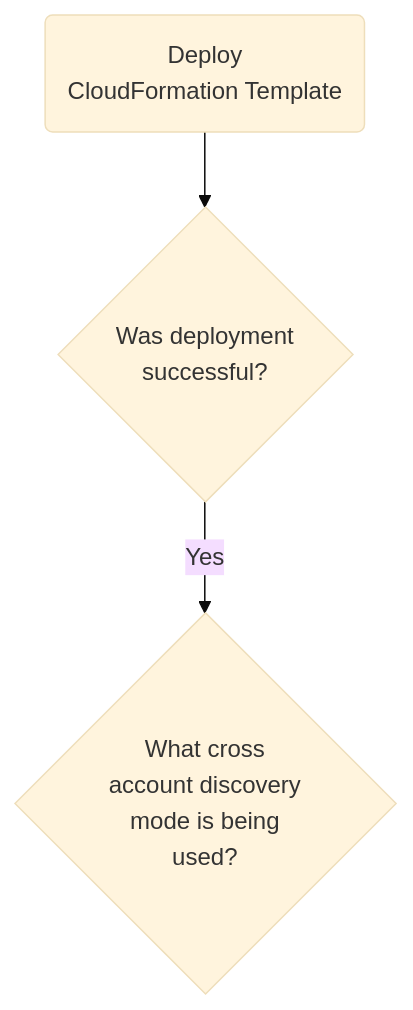
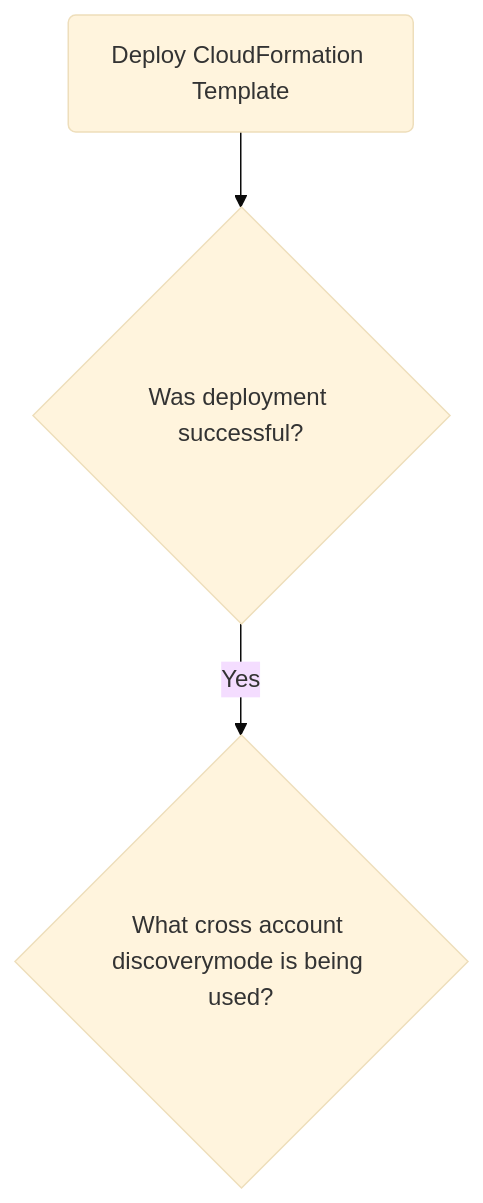
The diagram in flow-chart.md (svozza/mermaid-test), drawn with Mermaid (base theme) before and after one commit.

````diff
--- a/flow-chart.md
+++ b/flow-chart.md
@@ -3,12 +3,7 @@
 ```mermaid
 flowchart TD
-    A(Deploy
-    CloudFormation Template);
-A --> B{Was deployment
-successful?};
-B -->|Yes| C{What cross
-account discovery
-mode is being
-used?};
+A(Deploy CloudFormation Template);
+A --> B{Was deployment successful?};
+B -->|Yes| C{What cross account discoverymode is being used?};
 
 ```
````
